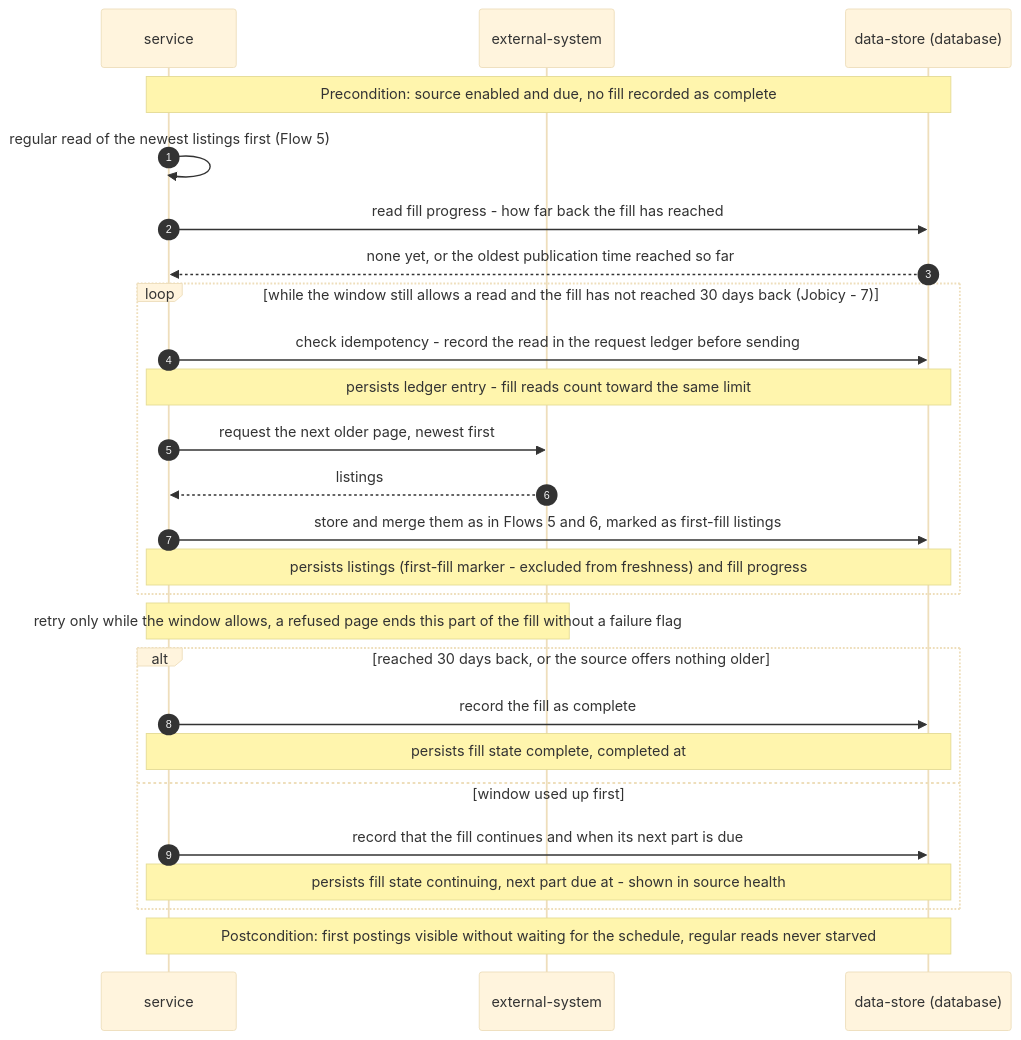
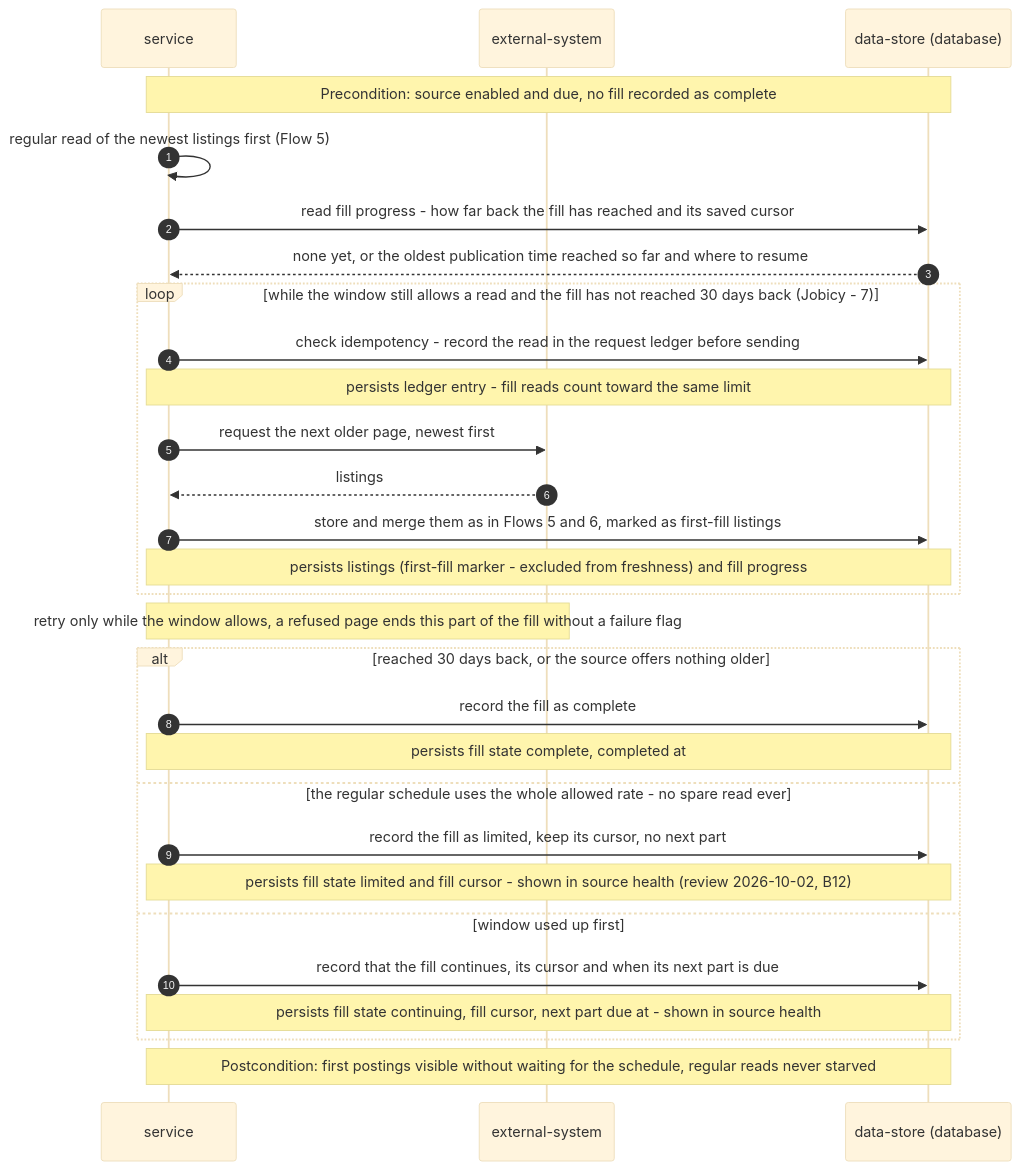
Before and after one commit to DeveloperFromUkraine/job-radar: the tenth of 13 diagrams in docs/features/remote-boards-collector/sad.md, drawn with Mermaid (base theme). The commit also changed 4 other files, not shown here.

First line of the commit message:
docs(remote-boards-collector): the limited fill state in the flows

````diff
--- a/docs/features/remote-boards-collector/sad.md
+++ b/docs/features/remote-boards-collector/sad.md
@@ -477,29 +477,32 @@
 ```mermaid
 sequenceDiagram
     autonumber
     participant S as service
     participant X as external-system
     participant D as data-store (database)
 
     Note over S,D: Precondition: source enabled and due, no fill recorded as complete
     S->>S: regular read of the newest listings first (Flow 5)
-    S->>D: read fill progress - how far back the fill has reached
-    D-->>S: none yet, or the oldest publication time reached so far
+    S->>D: read fill progress - how far back the fill has reached and its saved cursor
+    D-->>S: none yet, or the oldest publication time reached so far and where to resume
     loop while the window still allows a read and the fill has not reached 30 days back (Jobicy - 7)
         S->>D: check idempotency - record the read in the request ledger before sending
         Note over S,D: persists ledger entry - fill reads count toward the same limit
         S->>X: request the next older page, newest first
         X-->>S: listings
         S->>D: store and merge them as in Flows 5 and 6, marked as first-fill listings
         Note over S,D: persists listings (first-fill marker - excluded from freshness) and fill progress
     end
     Note over S,X: retry only while the window allows, a refused page ends this part of the fill without a failure flag
     alt reached 30 days back, or the source offers nothing older
         S->>D: record the fill as complete
         Note over S,D: persists fill state complete, completed at
+    else the regular schedule uses the whole allowed rate - no spare read ever
+        S->>D: record the fill as limited, keep its cursor, no next part
+        Note over S,D: persists fill state limited and fill cursor - shown in source health (review 2026-10-02, B12)
     else window used up first
-        S->>D: record that the fill continues and when its next part is due
-        Note over S,D: persists fill state continuing, next part due at - shown in source health
+        S->>D: record that the fill continues, its cursor and when its next part is due
+        Note over S,D: persists fill state continuing, fill cursor, next part due at - shown in source health
     end
     Note over S,D: Postcondition: first postings visible without waiting for the schedule, regular reads never starved
 ```
````
